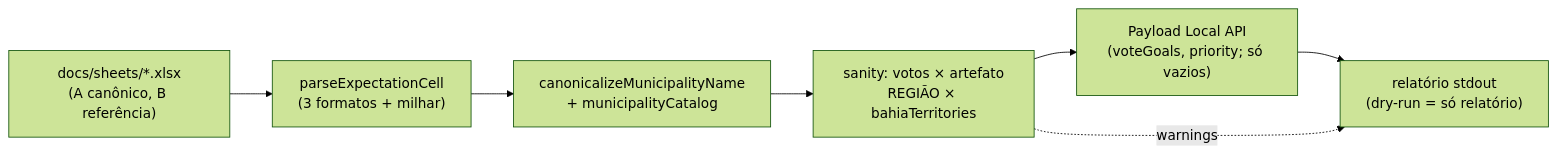
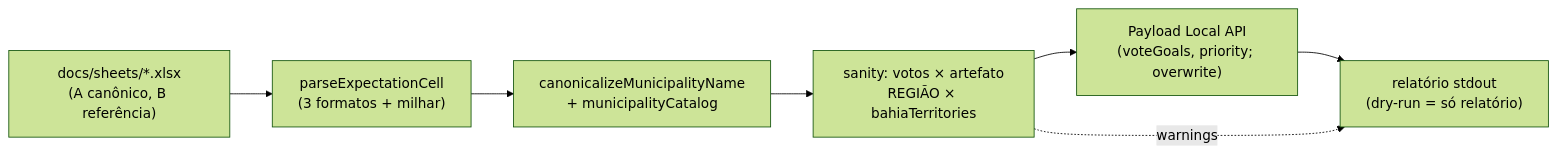
One commit to fsolla/teqo changed the diagram in docs/plans/import-planilha-projecao.md. Above: the diagram before and after it, drawn with Mermaid (forest theme). The commit also changed other lines of this file and 9 other files, not shown here.

First line of the commit message:
Ship E4R: always-overwrite seed of projection spreadsheet into voteGoals and priority.

````diff
--- a/docs/plans/import-planilha-projecao.md
+++ b/docs/plans/import-planilha-projecao.md
@@ -51,11 +55,11 @@
 ```mermaid
 flowchart LR
     XLSX["docs/sheets/*.xlsx<br/>(A canônico, B referência)"]
     Parse["parseExpectationCell<br/>(3 formatos + milhar)"]
     Match["canonicalizeMunicipalityName<br/>+ municipalityCatalog"]
     Sanity["sanity: votos × artefato<br/>REGIÃO × bahiaTerritories"]
-    Write["Payload Local API<br/>(voteGoals, priority; só vazios)"]
+    Write["Payload Local API<br/>(voteGoals, priority; overwrite)"]
     Report["relatório stdout<br/>(dry-run = só relatório)"]
     XLSX --> Parse --> Match --> Sanity --> Write --> Report
     Sanity -.warnings.-> Report
 ```
````
